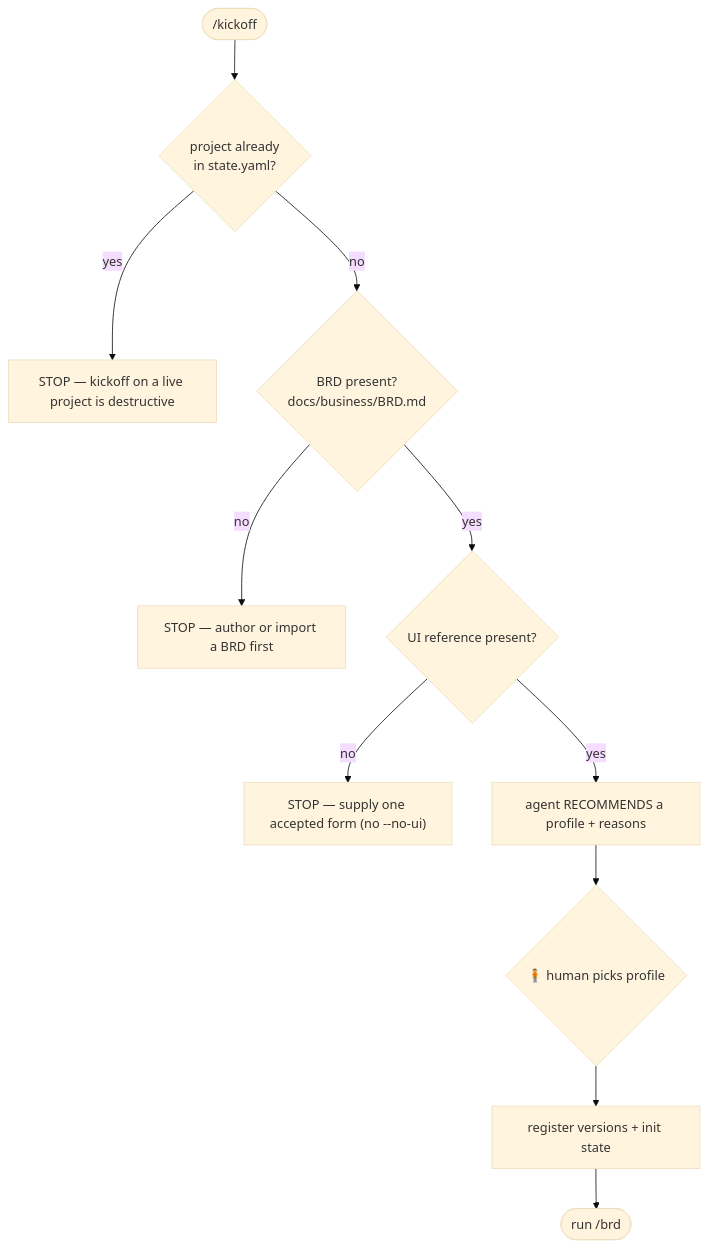
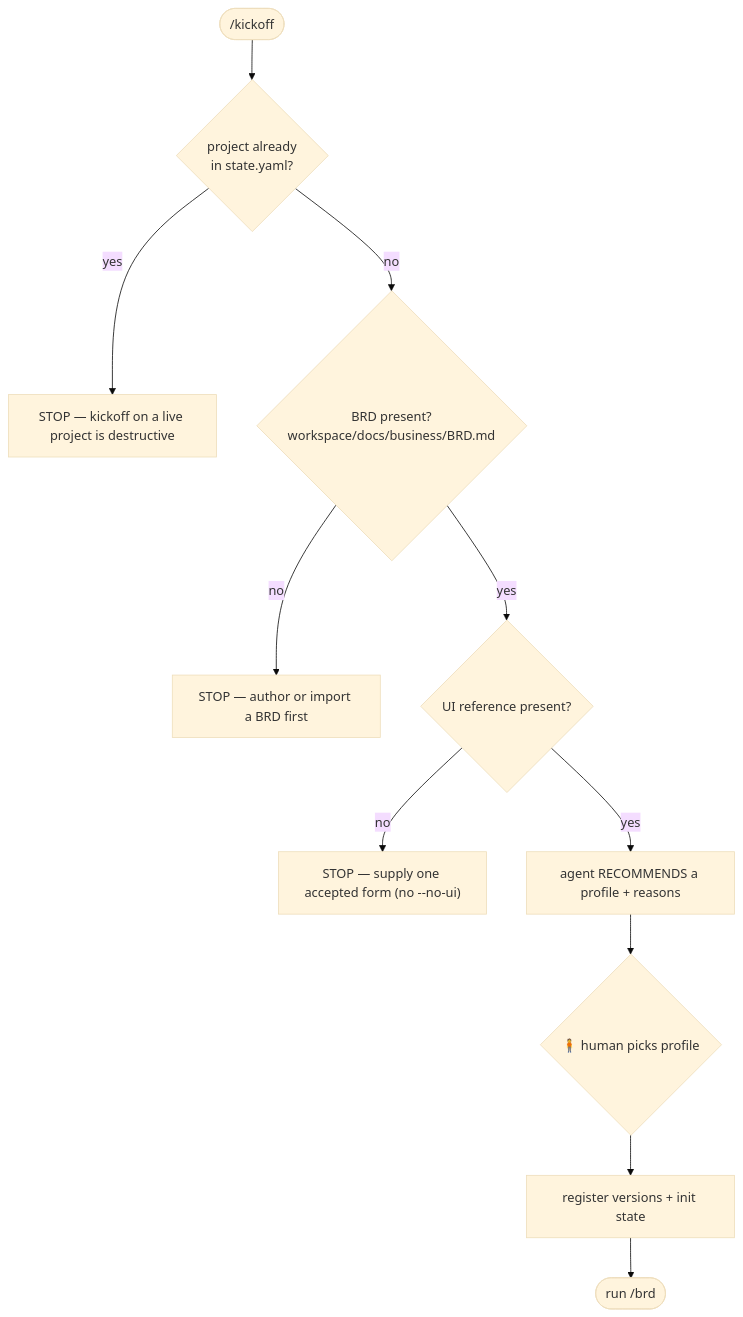
One commit to nuhin13/Workflow changed the diagram in harness/skills/kickoff/SKILL.md. Above: the diagram before and after it, drawn with Mermaid (base theme). The commit also changed other lines of this file and 90 other files, not shown here.

````diff
--- a/harness/skills/kickoff/SKILL.md
+++ b/harness/skills/kickoff/SKILL.md
@@ -8,13 +8,13 @@
 ```mermaid
 flowchart TB
   S(["/kickoff"]) --> G{"project already<br/>in state.yaml?"}
   G -- yes --> GX["STOP — kickoff on a live project is destructive"]
-  G -- no --> B{"BRD present?<br/>docs/business/BRD.md"}
+  G -- no --> B{"BRD present?<br/>workspace/docs/business/BRD.md"}
   B -- no --> BX["STOP — author or import a BRD first"]
   B -- yes --> U{"UI reference present?"}
   U -- no --> UX["STOP — supply one accepted form (no --no-ui)"]
   U -- yes --> R["agent RECOMMENDS a profile + reasons"]
   R --> P{"🧍 human picks profile"}
   P --> V["register versions + init state"]
   V --> GO(["run /brd"])
 ```
````
